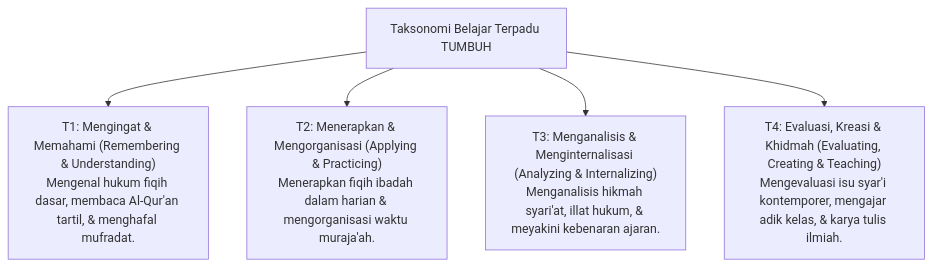
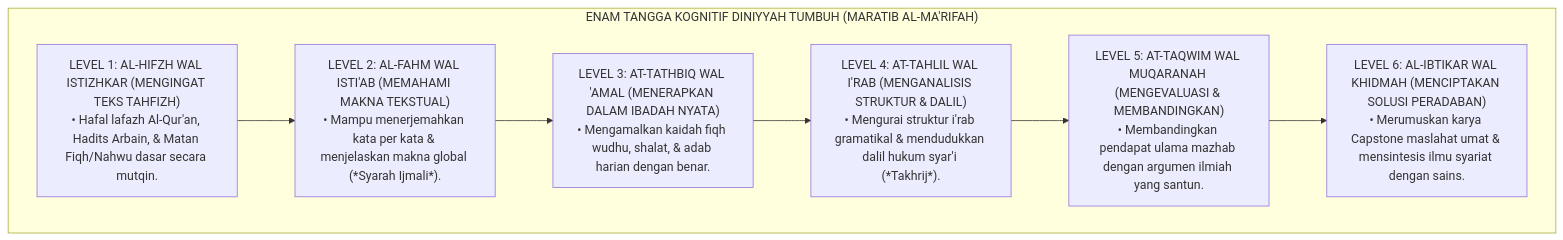
Before and after one commit to wandiapriliyandi/tumbuh: the sixth of 6 diagrams in 04 Progression Framework/03 Learning Progression/P4-03-01-Progresi-Kognitif-dan-Taksonomi-Belajar.md, drawn with Mermaid. The commit also changed other lines of this file and 5 other files, not shown here.

````diff
--- a/04 Progression Framework/03 Learning Progression/P4-03-01-Progresi-Kognitif-dan-Taksonomi-Belajar.md
+++ b/04 Progression Framework/03 Learning Progression/P4-03-01-Progresi-Kognitif-dan-Taksonomi-Belajar.md
@@ -14,8 +163,18 @@
 ```mermaid
-graph TD
-    Taxonomy["Taksonomi Belajar Terpadu TUMBUH"]
-    Taxonomy --> T1_Cognitive["T1: Mengingat & Memahami (Remembering & Understanding)<br/>Mengenal hukum fiqih dasar, membaca Al-Qur'an tartil, & menghafal mufradat."]
-    Taxonomy --> T2_Cognitive["T2: Menerapkan & Mengorganisasi (Applying & Practicing)<br/>Menerapkan fiqih ibadah dalam harian & mengorganisasi waktu muraja'ah."]
-    Taxonomy --> T3_Cognitive["T3: Menganalisis & Menginternalisasi (Analyzing & Internalizing)<br/>Menganalisis hikmah syari'at, illat hukum, & meyakini kebenaran ajaran."]
-    Taxonomy --> T4_Cognitive["T4: Evaluasi, Kreasi & Khidmah (Evaluating, Creating & Teaching)<br/>Mengevaluasi isu syar'i kontemporer, mengajar adik kelas, & karya tulis ilmiah."]
+flowchart TD
+    subgraph TanggaKognitifDiniyyah["ENAM TANGGA KOGNITIF DINIYYAH TUMBUH (MARATIB AL-MA'RIFAH)"]
+        Level1["LEVEL 1: AL-HIFZH WAL ISTIZHKAR (MENGINGAT TEKS TAHFIZH)<br/>• Hafal lafazh Al-Qur'an, Hadits Arbain, & Matan Fiqh/Nahwu dasar secara mutqin."]
+        
+        Level2["LEVEL 2: AL-FAHM WAL ISTI'AB (MEMAHAMI MAKNA TEKSTUAL)<br/>• Mampu menerjemahkan kata per kata & menjelaskan makna global (*Syarah Ijmali*)."]
+        
+        Level3["LEVEL 3: AT-TATHBIQ WAL 'AMAL (MENERAPKAN DALAM IBADAH NYATA)<br/>• Mengamalkan kaidah fiqh wudhu, shalat, & adab harian dengan benar."]
+        
+        Level4["LEVEL 4: AT-TAHLIL WAL I'RAB (MENGANALISIS STRUKTUR & DALIL)<br/>• Mengurai struktur i'rab gramatikal & mendudukkan dalil hukum syar'i (*Takhrij*)."]
+        
+        Level5["LEVEL 5: AT-TAQWIM WAL MUQARANAH (MENGEVALUASI & MEMBANDINGKAN)<br/>• Membandingkan pendapat ulama mazhab dengan argumen ilmiah yang santun."]
+        
+        Level6["LEVEL 6: AL-IBTIKAR WAL KHIDMAH (MENCIPTAKAN SOLUSI PERADABAN)<br/>• Merumuskan karya Capstone maslahat umat & mensintesis ilmu syariat dengan sains."]
+        
+        Level1 --> Level2 --> Level3 --> Level4 --> Level5 --> Level6
+    end
 ```
````
